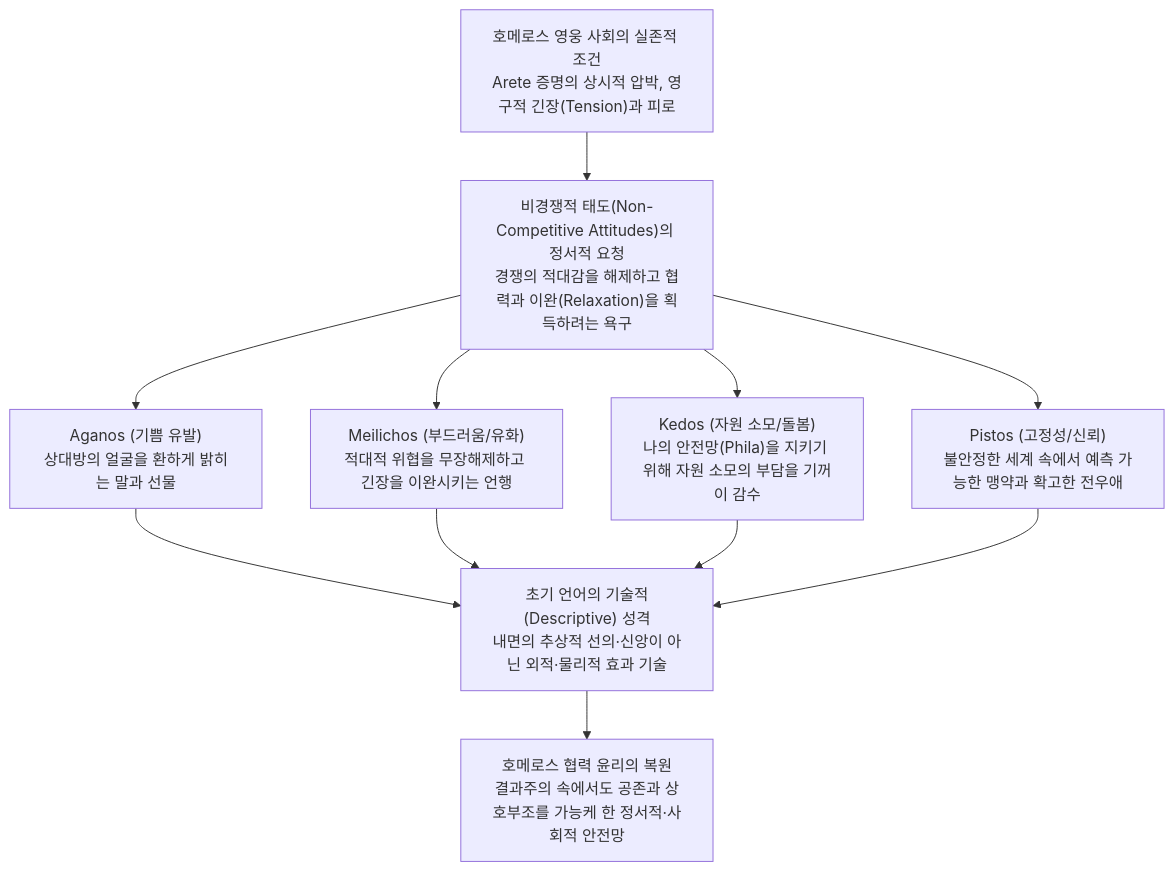
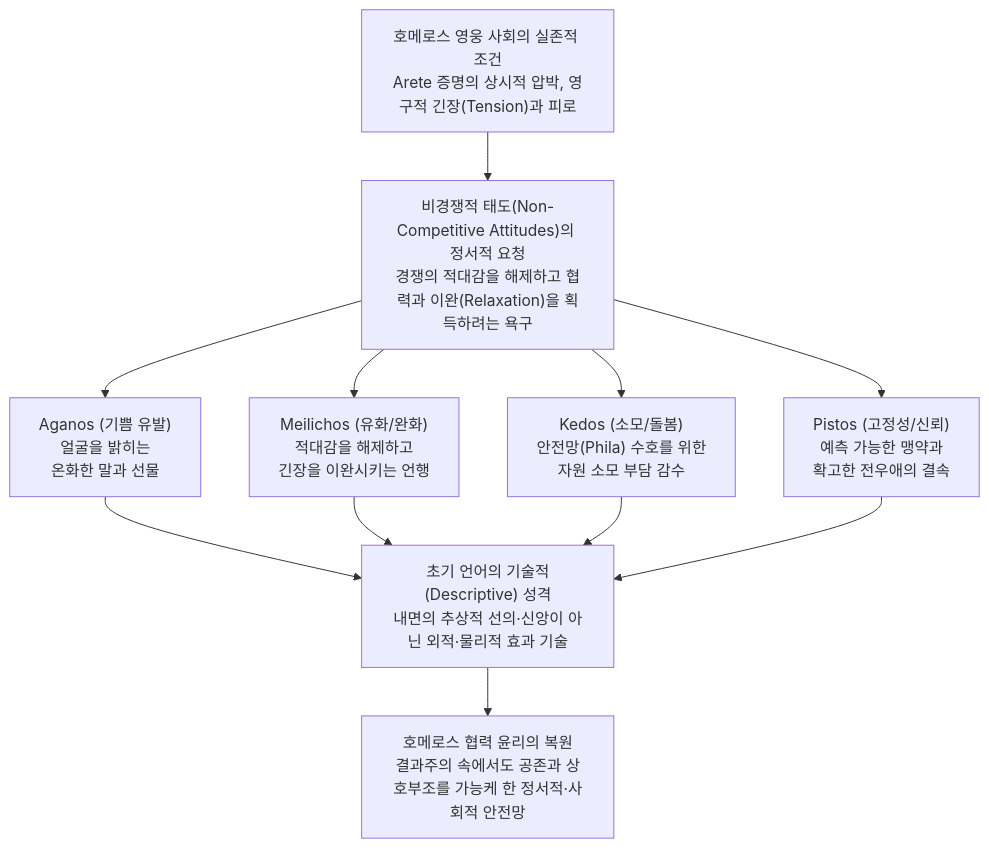
Before and after one commit to YgHnSIM/Homer_wiki: the diagram in wiki/sources/scott-1981-some-greek-terms.md, drawn with Mermaid. The commit also changed 5 other files, not shown here.

First line of the commit message:
fix(meta): 볼트 전역 Mermaid 다이어그램 겹침 및 간섭 일괄 최적화

````diff
--- a/wiki/sources/scott-1981-some-greek-terms.md
+++ b/wiki/sources/scott-1981-some-greek-terms.md
@@ -54,13 +54,13 @@
 ```mermaid
 graph TD
     A["호메로스 영웅 사회의 실존적 조건<br/>Arete 증명의 상시적 압박, 영구적 긴장(Tension)과 피로"] --> B["비경쟁적 태도(Non-Competitive Attitudes)의 정서적 요청<br/>경쟁의 적대감을 해제하고 협력과 이완(Relaxation)을 획득하려는 욕구"]
-    B --> C1["Aganos (기쁨 유발)<br/>상대방의 얼굴을 환하게 밝히는 말과 선물"]
-    B --> C2["Meilichos (부드러움/유화)<br/>적대적 위협을 무장해제하고 긴장을 이완시키는 언행"]
-    B --> C3["Kedos (자원 소모/돌봄)<br/>나의 안전망(Phila)을 지키기 위해 자원 소모의 부담을 기꺼이 감수"]
-    B --> C4["Pistos (고정성/신뢰)<br/>불안정한 세계 속에서 예측 가능한 맹약과 확고한 전우애"]
+    B --> C1["Aganos (기쁨 유발)<br/>얼굴을 밝히는<br/>온화한 말과 선물"]
+    B --> C2["Meilichos (유화/완화)<br/>적대감을 해제하고<br/>긴장을 이완시키는 언행"]
+    B --> C3["Kedos (소모/돌봄)<br/>안전망(Phila) 수호를 위한<br/>자원 소모 부담 감수"]
+    B --> C4["Pistos (고정성/신뢰)<br/>예측 가능한 맹약과<br/>확고한 전우애의 결속"]
     C1 --> D["초기 언어의 기술적(Descriptive) 성격<br/>내면의 추상적 선의·신앙이 아닌 외적·물리적 효과 기술"]
     C2 --> D
     C3 --> D
     C4 --> D
     D --> E["호메로스 협력 윤리의 복원<br/>결과주의 속에서도 공존과 상호부조를 가능케 한 정서적·사회적 안전망"]
 ```
````
